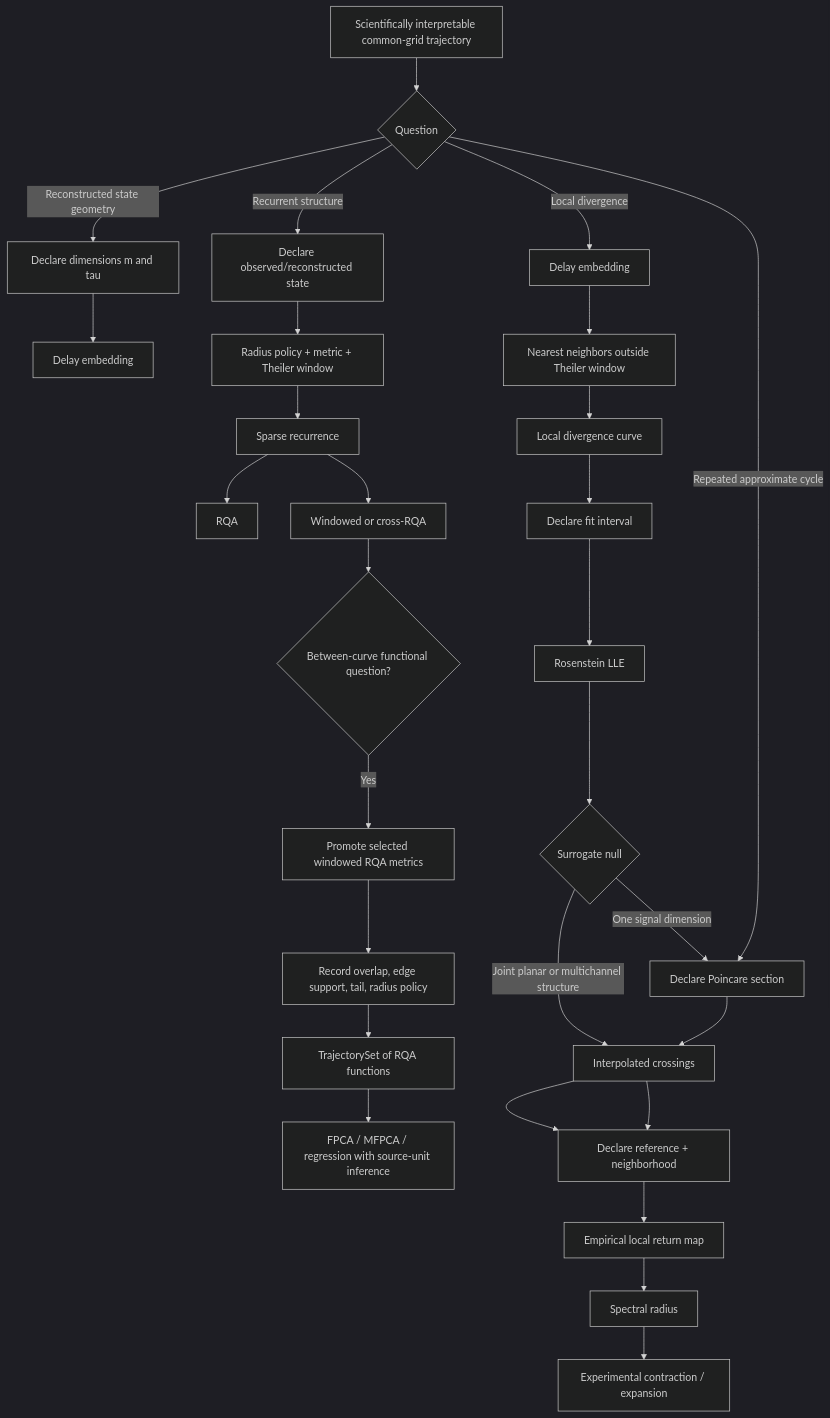
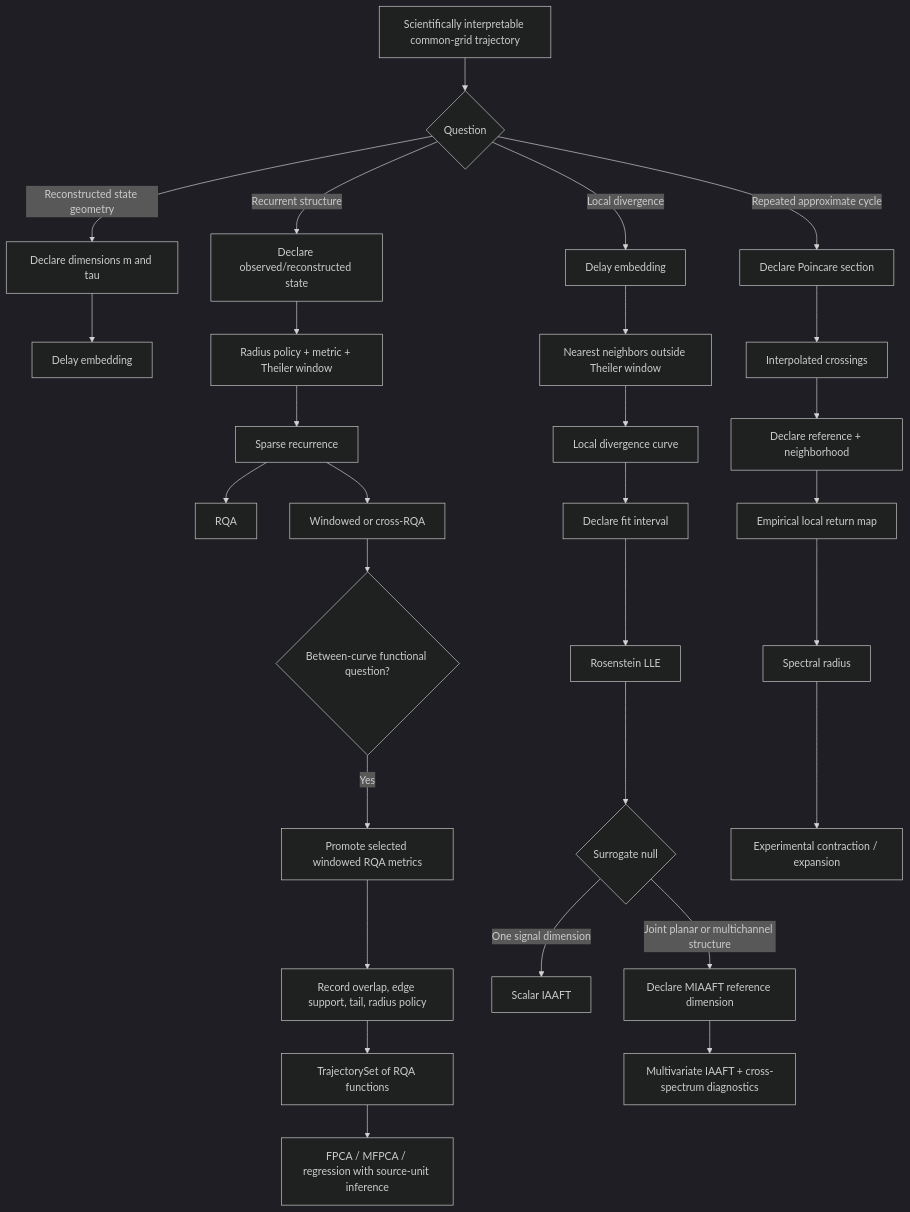
Before and after one commit to stefanosbalaskas/eyetrajectoriespy: the tenth of 11 diagrams in docs/methods/workflow-atlas.md, drawn with Mermaid (dark theme). The commit also changed other lines of this file, not shown here.

Commit message:
Fix Mermaid 11 syntax in workflow atlas

````diff
--- a/docs/methods/workflow-atlas.md
+++ b/docs/methods/workflow-atlas.md
@@ -239,31 +239,31 @@
 ```mermaid
 flowchart TD
     A[Scientifically interpretable common-grid trajectory] --> B{Question}
     B -->|Reconstructed state geometry| C[Declare dimensions m and tau]
     C --> D[Delay embedding]
     B -->|Recurrent structure| E[Declare observed/reconstructed state]
     E --> F[Radius policy + metric + Theiler window]
     F --> G[Sparse recurrence]
     G --> H[RQA]
     G --> I[Windowed or cross-RQA]
     I --> V{Between-curve functional question?}
     V -->|Yes| W[Promote selected windowed RQA metrics]
     W --> X[Record overlap, edge support, tail, radius policy]
     X --> Y[TrajectorySet of RQA functions]
     Y --> Z[FPCA / MFPCA / regression with source-unit inference]
     B -->|Local divergence| J[Delay embedding]
     J --> K[Nearest neighbors outside Theiler window]
     K --> L[Local divergence curve]
     L --> M[Declare fit interval]
     M --> N[Rosenstein LLE]
     N --> O{Surrogate null}
-    O -->|One signal dimension| P[Scalar IAAFT]
-    O -->|Joint planar or multichannel structure| Q[Declare MIAAFT reference dimension]
-    Q --> R[Multivariate IAAFT + cross-spectrum diagnostics]
-    B -->|Repeated approximate cycle| P[Declare Poincare section]
-    P --> Q[Interpolated crossings]
-    Q --> R[Declare reference + neighborhood]
-    R --> S[Empirical local return map]
+    O -->|One signal dimension| P1[Scalar IAAFT]
+    O -->|Joint planar or multichannel structure| Q1[Declare MIAAFT reference dimension]
+    Q1 --> R1[Multivariate IAAFT + cross-spectrum diagnostics]
+    B -->|Repeated approximate cycle| P2[Declare Poincare section]
+    P2 --> Q2[Interpolated crossings]
+    Q2 --> R2[Declare reference + neighborhood]
+    R2 --> S[Empirical local return map]
     S --> T[Spectral radius]
     T --> U[Experimental contraction / expansion]
 ```
````
